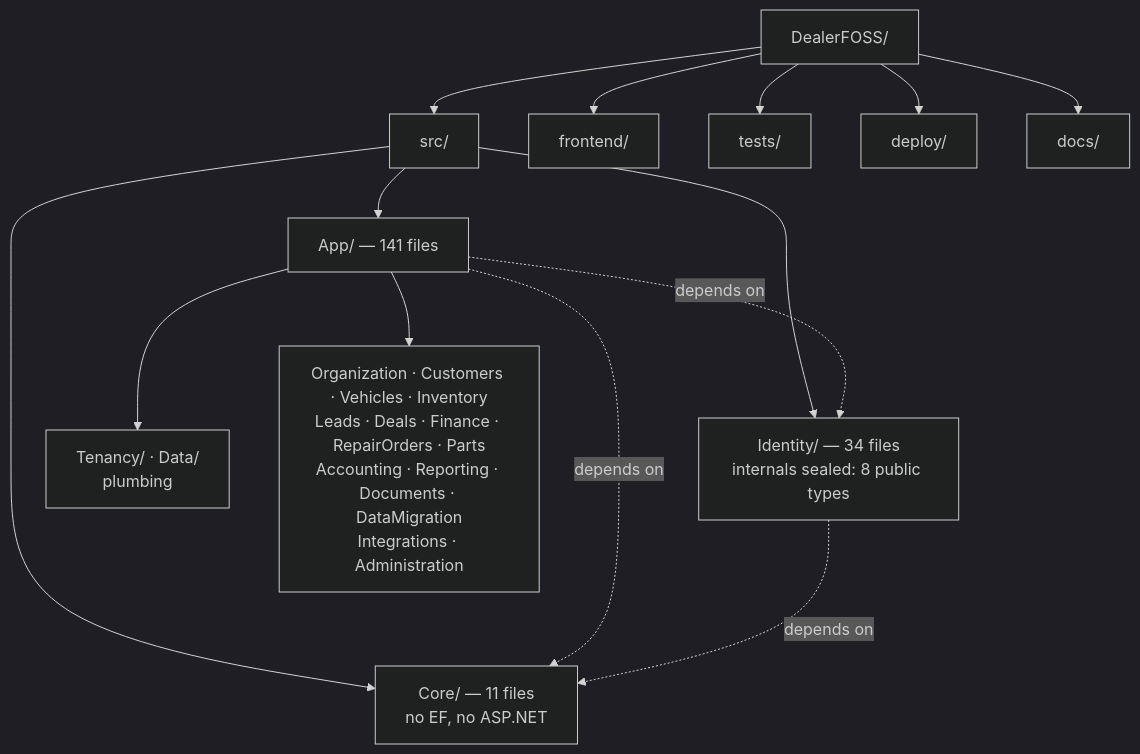
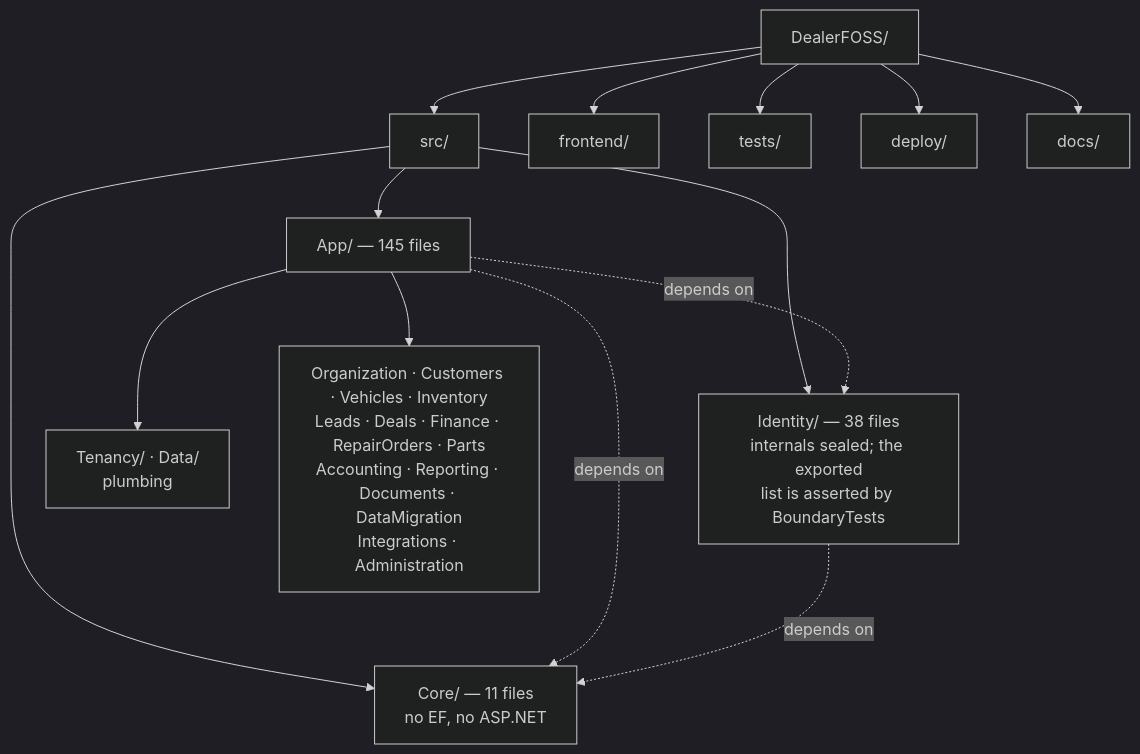
The first of 3 diagrams in docs/diagrams/02-project-structure.md (PoulaAdel/DealerFOSS), drawn with Mermaid (dark theme) before and after one commit. The commit also changed 14 other files, not shown here.

````diff
--- a/docs/diagrams/02-project-structure.md
+++ b/docs/diagrams/02-project-structure.md
@@ -8,16 +8,16 @@
 ```mermaid
 flowchart TB
     Root["DealerFOSS/"] --> Src["src/"]
     Root --> Front["frontend/"]
     Root --> Tests["tests/"]
     Root --> Deploy["deploy/"]
     Root --> Docs["docs/"]
     Src --> Core["Core/ — 11 files<br/>no EF, no ASP.NET"]
-    Src --> Identity["Identity/ — 34 files<br/>internals sealed: 8 public types"]
-    Src --> App["App/ — 141 files"]
+    Src --> Identity["Identity/ — 38 files<br/>internals sealed; the exported<br/>list is asserted by BoundaryTests"]
+    Src --> App["App/ — 145 files"]
     App --> Plumbing["Tenancy/ · Data/<br/>plumbing"]
     App --> Features["Organization · Customers · Vehicles · Inventory<br/>Leads · Deals · Finance · RepairOrders · Parts<br/>Accounting · Reporting · Documents · DataMigration<br/>Integrations · Administration"]
     App -.depends on.-> Identity
     App -.depends on.-> Core
     Identity -.depends on.-> Core
 ```
````
